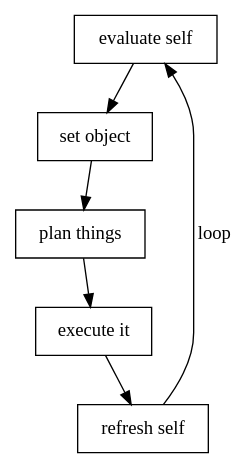
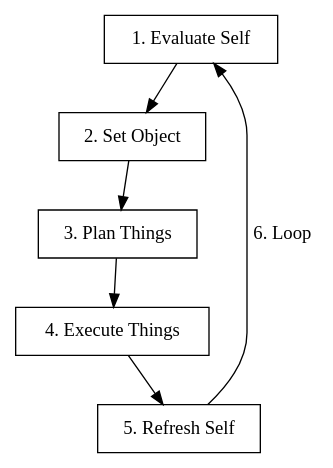
The first of 2 diagrams in org/goal-theory/index.org (DreamAndDead/DreamAndDead.github.io), drawn with Graphviz before and after one commit. The commit also changed other lines of this file and 16 other files, not shown here.

```diff
--- a/org/goal-theory/index.org
+++ b/org/goal-theory/index.org
@@ -247,8 +253,8 @@
  #+begin_src dot :file images/theory-loop.png
  digraph {
 	 node[shape=rectangle];
 	
-     "evaluate self" -> "set object" -> "plan things" -> "execute it" -> "refresh self";
-     "refresh self" -> "evaluate self"[label="loop"];
+     "1. Evaluate Self" -> "2. Set Object" -> "3. Plan Things" -> "4. Execute Things" -> "5. Refresh Self";
+     "5. Refresh Self" -> "1. Evaluate Self"[label="6. Loop"];
  }
  #+end_src
```
